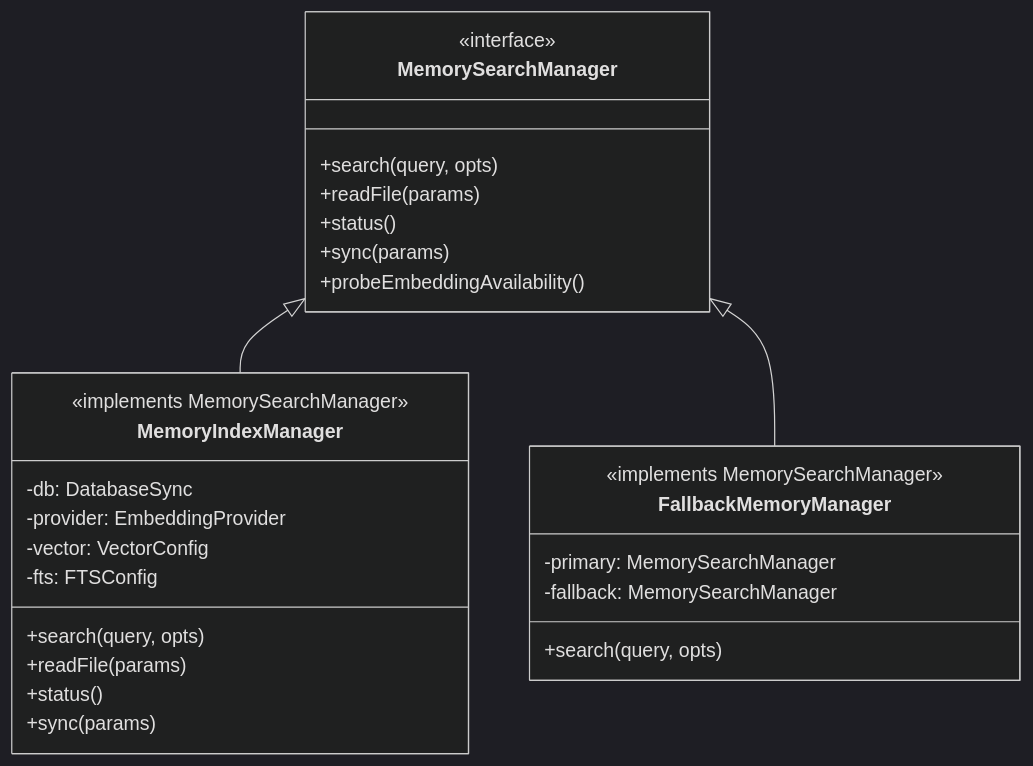
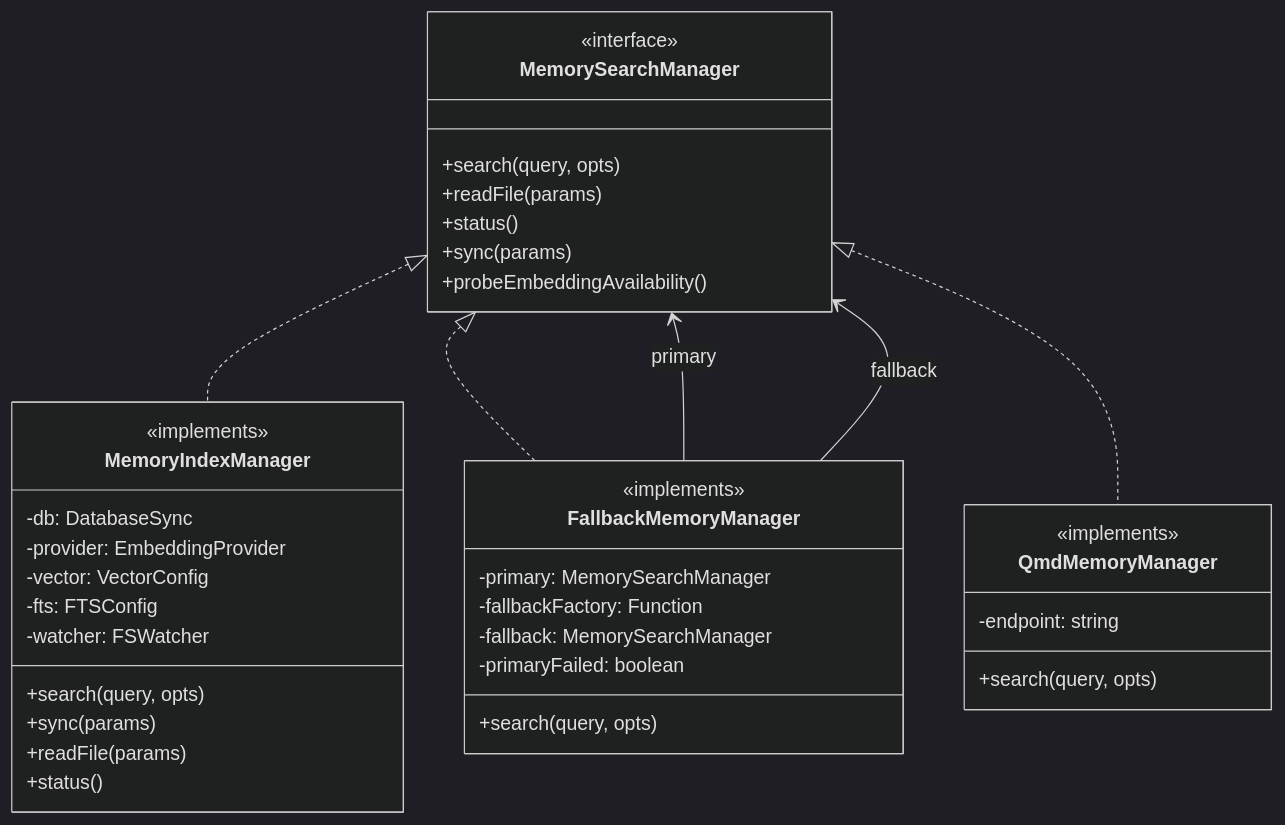
The first of 6 diagrams in openclaw/OPENCLAW-MEMORY-SYSTEM.md (caicongyang/bloger), drawn with Mermaid (dark theme) before and after one commit. The commit also changed other lines of this file and 13 other files, not shown here.

````diff
--- a/openclaw/OPENCLAW-MEMORY-SYSTEM.md
+++ b/openclaw/OPENCLAW-MEMORY-SYSTEM.md
@@ -78,33 +67,45 @@
 ```mermaid
 classDiagram
     class MemorySearchManager {
         <<interface>>
         +search(query, opts)
         +readFile(params)
         +status()
         +sync(params)
         +probeEmbeddingAvailability()
     }
-    
+
     class MemoryIndexManager {
-        <<implements MemorySearchManager>>
+        <<implements>>
         -db: DatabaseSync
         -provider: EmbeddingProvider
         -vector: VectorConfig
         -fts: FTSConfig
+        -watcher: FSWatcher
         +search(query, opts)
+        +sync(params)
         +readFile(params)
         +status()
-        +sync(params)
     }
-    
+
     class FallbackMemoryManager {
-        <<implements MemorySearchManager>>
+        <<implements>>
         -primary: MemorySearchManager
+        -fallbackFactory: Function
         -fallback: MemorySearchManager
+        -primaryFailed: boolean
         +search(query, opts)
     }
-    
-    MemorySearchManager <|-- MemoryIndexManager
-    MemorySearchManager <|-- FallbackMemoryManager
+
+    class QmdMemoryManager {
+        <<implements>>
+        -endpoint: string
+        +search(query, opts)
+    }
+
+    MemorySearchManager <|.. MemoryIndexManager
+    MemorySearchManager <|.. FallbackMemoryManager
+    MemorySearchManager <|.. QmdMemoryManager
+    FallbackMemoryManager --> MemorySearchManager : primary
+    FallbackMemoryManager --> MemorySearchManager : fallback
 ```
````
